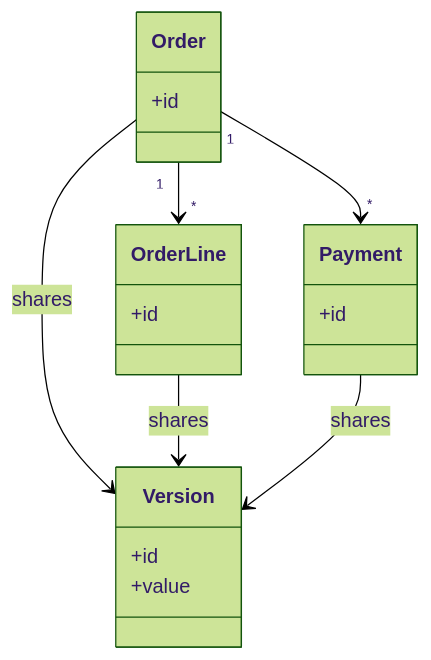
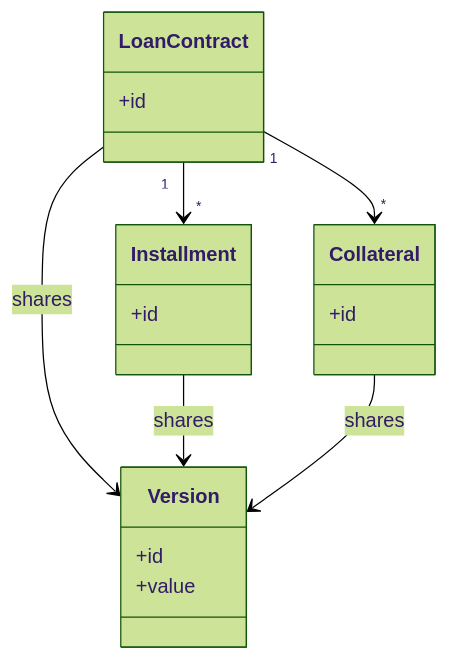
Before and after one commit to alancesar/design-patterns: the diagram in i18n/en/docusaurus-plugin-content-docs/current/design/poeaa/offline-concurrency/coarse-grained-lock.md, drawn with Mermaid (forest theme). The commit also changed other lines of this file and 95 other files, not shown here.

First line of the commit message:
Switch PoEAA examples and diagrams to fintech scenarios

````diff
--- a/i18n/en/docusaurus-plugin-content-docs/current/design/poeaa/offline-concurrency/coarse-grained-lock.md
+++ b/i18n/en/docusaurus-plugin-content-docs/current/design/poeaa/offline-concurrency/coarse-grained-lock.md
@@ -55,21 +55,21 @@
 ```mermaid
 classDiagram
     class Version {
         +id
         +value
     }
-    class Order {
+    class LoanContract {
         +id
     }
-    class OrderLine {
+    class Installment {
         +id
     }
-    class Payment {
+    class Collateral {
         +id
     }
-    Order --> Version : shares
-    OrderLine --> Version : shares
-    Payment --> Version : shares
-    Order "1" --> "*" OrderLine
-    Order "1" --> "*" Payment
+    LoanContract --> Version : shares
+    Installment --> Version : shares
+    Collateral --> Version : shares
+    LoanContract "1" --> "*" Installment
+    LoanContract "1" --> "*" Collateral
 ```
````
